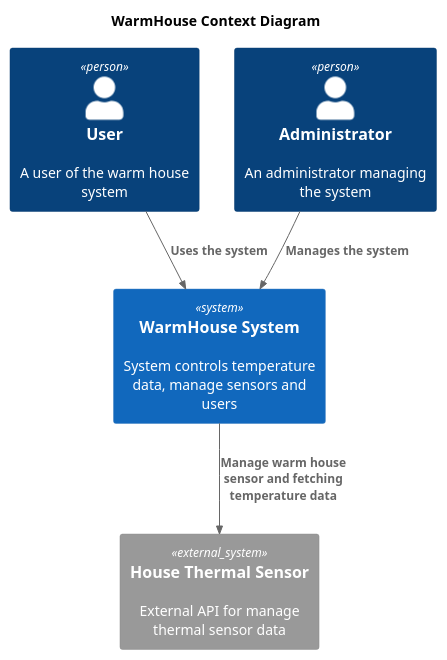
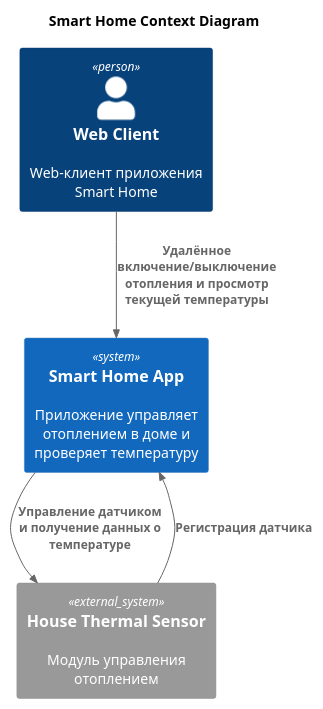
One commit to kotenev/architecture-pro-warmhouse changed the diagram in docs/C4/Context.puml. Above: the diagram before and after it, drawn with PlantUML.

Commit message:
Доработана "AS-IS" диаграмма контекста приложения "Умный дом" (Smart Home App)

```diff
--- a/docs/C4/Context.puml
+++ b/docs/C4/Context.puml
@@ -1,18 +1,17 @@
 @startuml
-title WarmHouse Context Diagram
+title Smart Home Context Diagram
 
 top to bottom direction
 
 !includeurl https://raw.githubusercontent.com/RicardoNiepel/C4-PlantUML/master/C4_Component.puml
 
-Person(user, "User", "A user of the warm house system")
-Person(admin, "Administrator", "An administrator managing the system")
-System(WarmHouseSystem, "WarmHouse System", "System controls temperature data, manage sensors and users")
+Person(client, "Web Client", "Web-клиент приложения Smart Home")
+System(smart_home, "Smart Home App", "Приложение управляет отоплением в доме и проверяет температуру")
 
-System_Ext(api, "House Thermal Sensor", "External API for manage thermal sensor data")
+System_Ext(sensor, "House Thermal Sensor", "Модуль управления отоплением")
 
-Rel(user, WarmHouseSystem, "Uses the system")
-Rel(admin,WarmHouseSystem,"Manages the system")
-Rel(WarmHouseSystem,api,"Manage warm house sensor and fetching temperature data")
+Rel(client, smart_home, "Удалённое включение/выключение отопления и просмотр текущей температуры")
+Rel(sensor, smart_home, "Регистрация датчика")
+Rel(smart_home, sensor, "Управление датчиком и получение данных о температуре")
 
 @enduml
```
